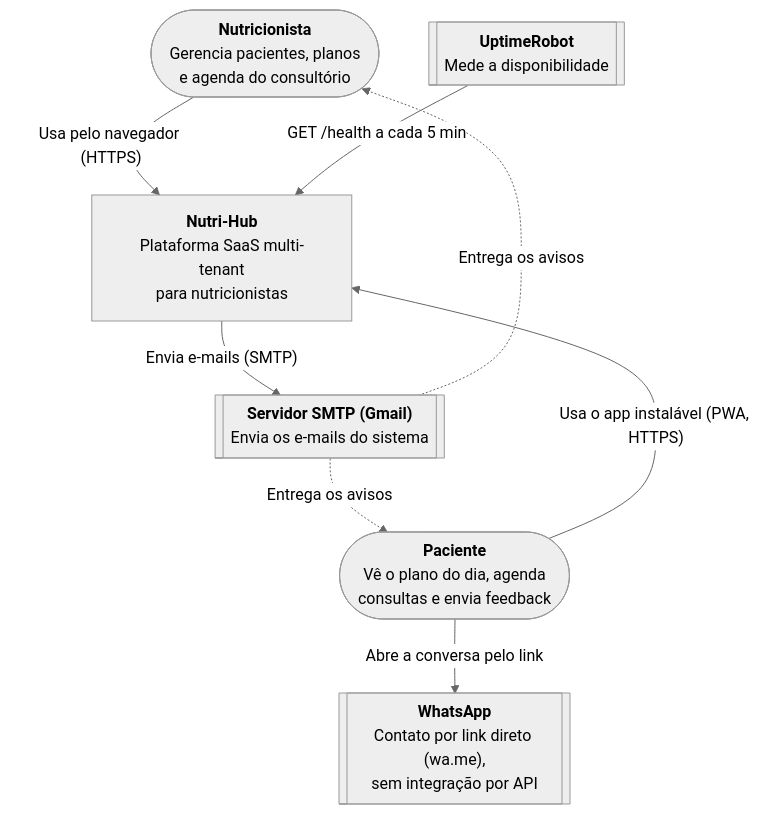
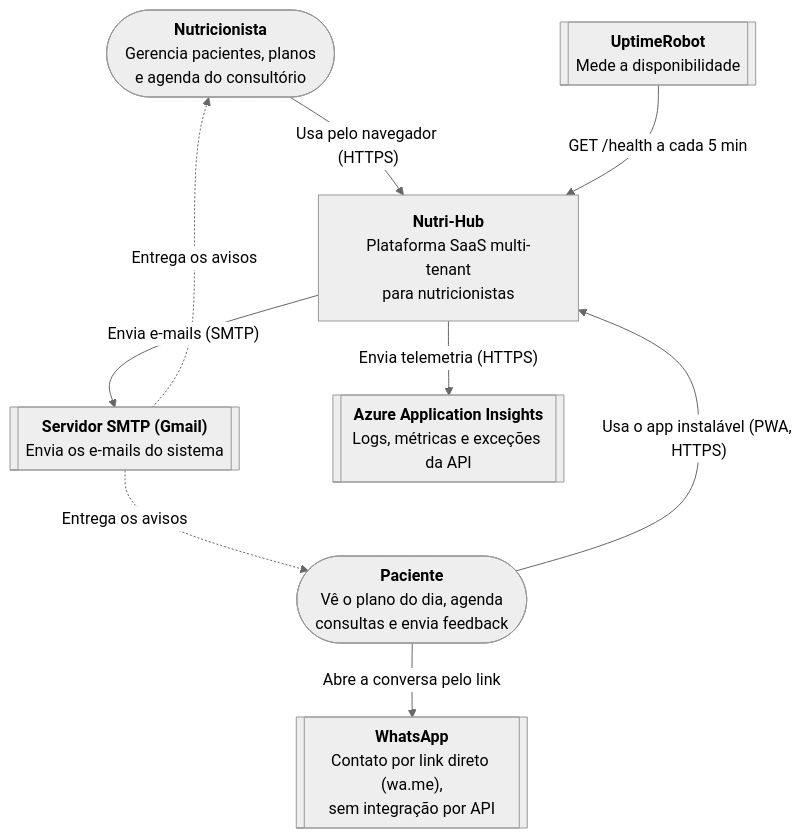
Before and after one commit to ErikAlexandreKestring/NutriHub: the first of 4 diagrams in docs/wiki/Arquitetura.md, drawn with Mermaid (neutral theme). The commit also changed other lines of this file and 18 other files, not shown here.

First line of the commit message:
Adiciona observabilidade com o Azure Application Insights (#70)

````diff
--- a/docs/wiki/Arquitetura.md
+++ b/docs/wiki/Arquitetura.md
@@ -11,19 +11,21 @@
 ```mermaid
 flowchart TB
     nutri(["<b>Nutricionista</b><br/>Gerencia pacientes, planos<br/>e agenda do consultório"])
     paciente(["<b>Paciente</b><br/>Vê o plano do dia, agenda<br/>consultas e envia feedback"])
 
     sistema["<b>Nutri-Hub</b><br/>Plataforma SaaS multi-tenant<br/>para nutricionistas"]
 
     smtp[["<b>Servidor SMTP (Gmail)</b><br/>Envia os e-mails do sistema"]]
     whats[["<b>WhatsApp</b><br/>Contato por link direto (wa.me),<br/>sem integração por API"]]
     uptime[["<b>UptimeRobot</b><br/>Mede a disponibilidade"]]
+    insights[["<b>Azure Application Insights</b><br/>Logs, métricas e exceções da API"]]
 
     nutri -- "Usa pelo navegador (HTTPS)" --> sistema
     paciente -- "Usa o app instalável (PWA, HTTPS)" --> sistema
     sistema -- "Envia e-mails (SMTP)" --> smtp
     smtp -. "Entrega os avisos" .-> nutri
     smtp -. "Entrega os avisos" .-> paciente
     paciente -- "Abre a conversa pelo link" --> whats
     uptime -- "GET /health a cada 5 min" --> sistema
+    sistema -- "Envia telemetria (HTTPS)" --> insights
 ```
````
